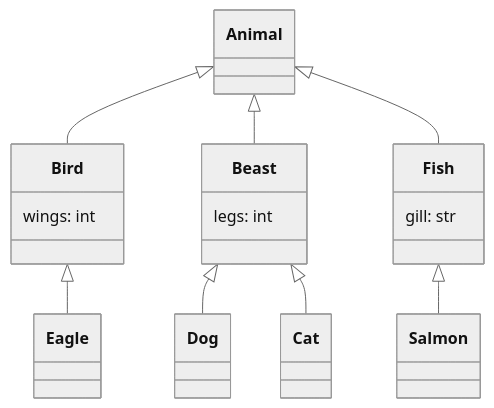
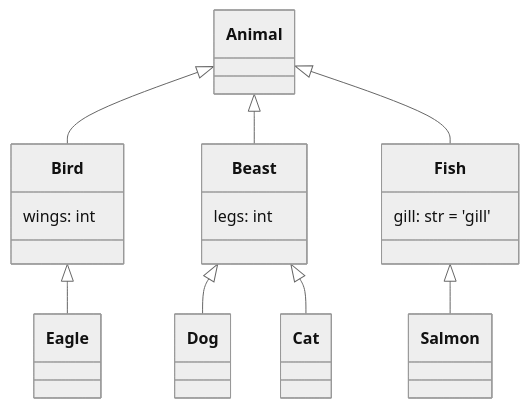
One commit to EricWebsmith/pydantic-2-mermaid changed the diagram in examples/animals.md. Above: the diagram before and after it, drawn with Mermaid (neutral theme). The commit also changed 20 other files, not shown here.

````diff
--- a/examples/animals.md
+++ b/examples/animals.md
@@ -1,38 +1,38 @@
 ```mermaid
 classDiagram
     class Animal {
     }
 
     class Fish {
-        gill: str
+        gill: str = 'gill'
     }
 
     class Beast {
         legs: int
     }
 
     class Bird {
         wings: int
     }
 
     class Dog {
     }
 
     class Cat {
     }
 
     class Salmon {
     }
 
     class Eagle {
     }
 
 
     Animal <|-- Bird
     Animal <|-- Beast
     Animal <|-- Fish
     Beast <|-- Dog
     Beast <|-- Cat
     Fish <|-- Salmon
     Bird <|-- Eagle
 ```
````
